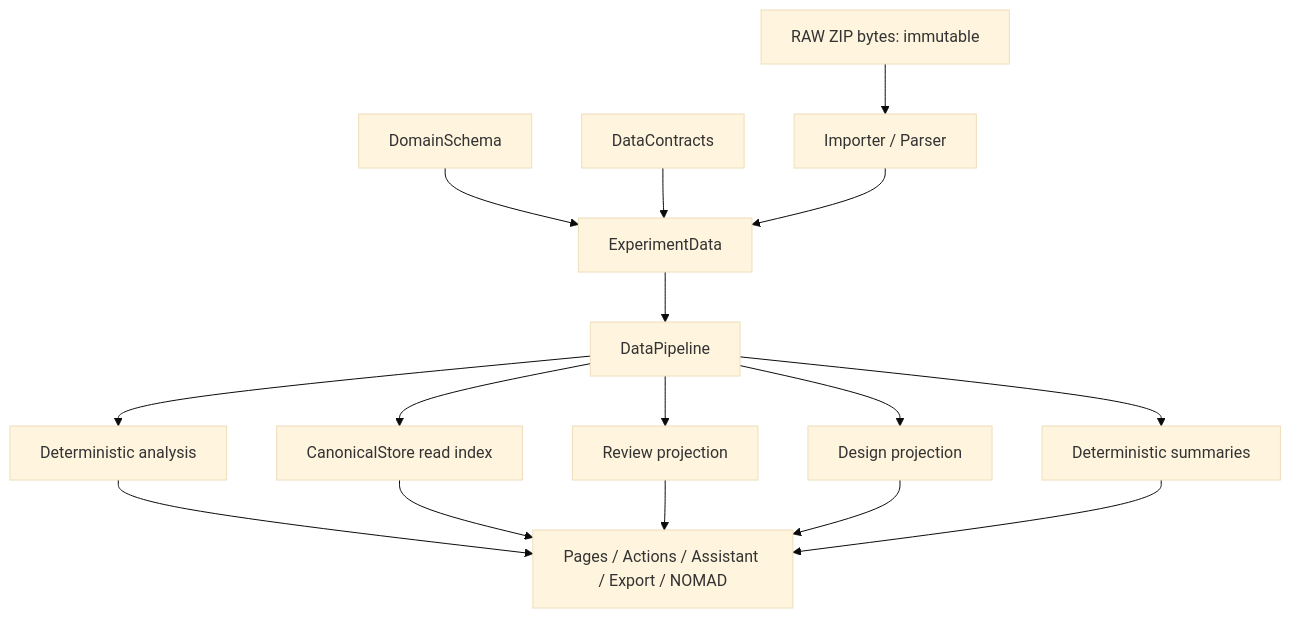
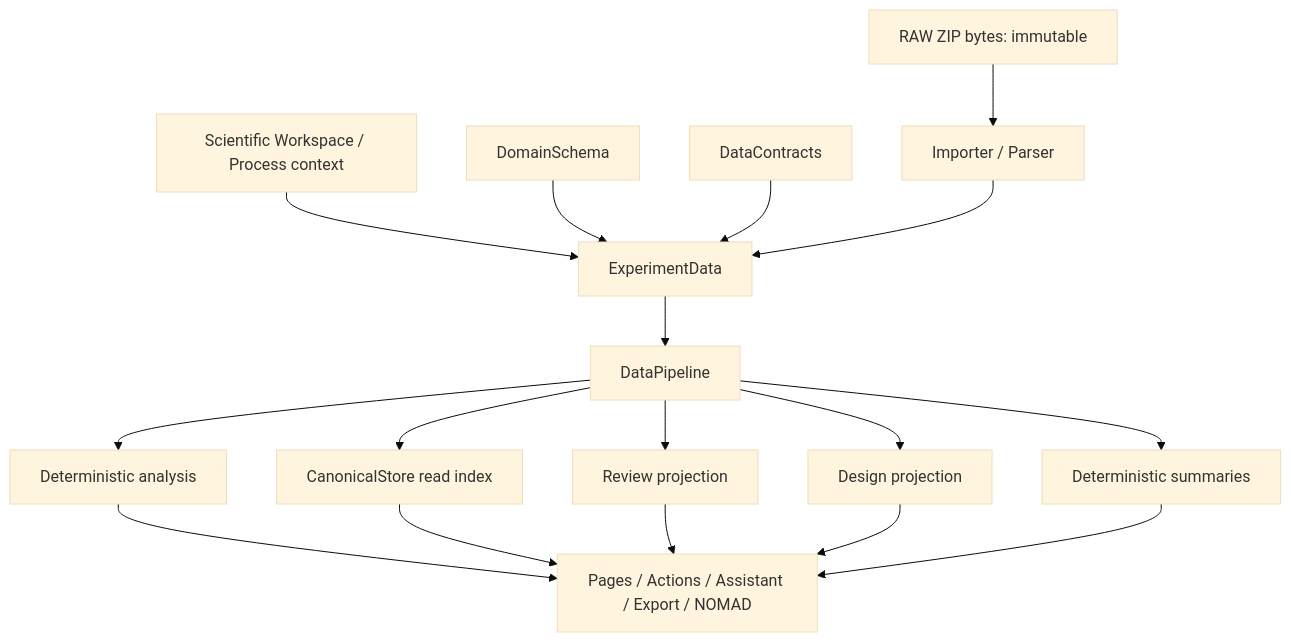
The first of 3 diagrams in docs/ARCHITECTURE.md (matginesi/LabFlow), drawn with Mermaid (base theme) before and after one commit. The commit also changed other lines of this file and 40 other files, not shown here.

First line of the commit message:
feat: Enhance workspace management and data handling

````diff
--- a/docs/ARCHITECTURE.md
+++ b/docs/ARCHITECTURE.md
@@ -16,18 +16,19 @@
 ```mermaid
 flowchart TD
+    W[Scientific Workspace / Process context] --> ED[ExperimentData]
     RAW[RAW ZIP bytes: immutable] --> IP[Importer / Parser]
     DS[DomainSchema] --> ED[ExperimentData]
     DC[DataContracts] --> ED
     IP --> ED
     ED --> DP[DataPipeline]
     DP --> DA[Deterministic analysis]
     DP --> CS[CanonicalStore read index]
     DP --> RP[Review projection]
     DP --> DES[Design projection]
     DP --> SUM[Deterministic summaries]
     DA --> SURF[Pages / Actions / Assistant / Export / NOMAD]
     CS --> SURF
     RP --> SURF
     DES --> SURF
     SUM --> SURF
 ```
````
